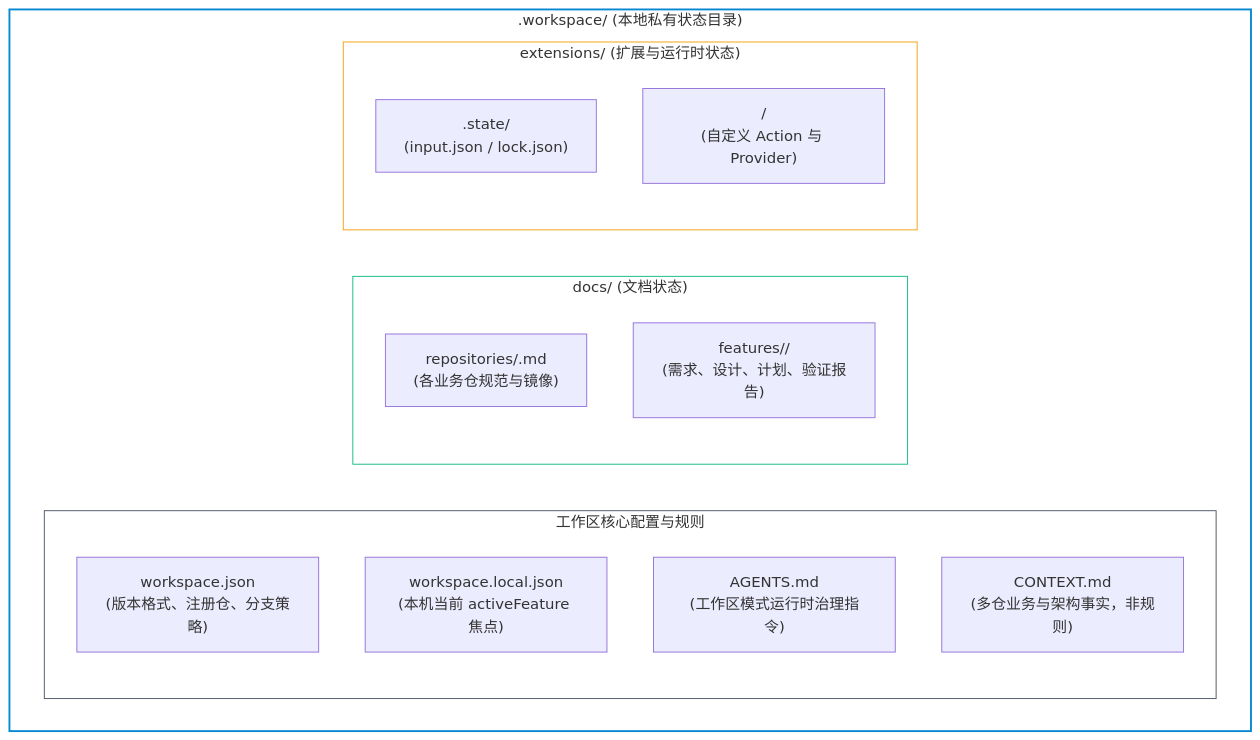
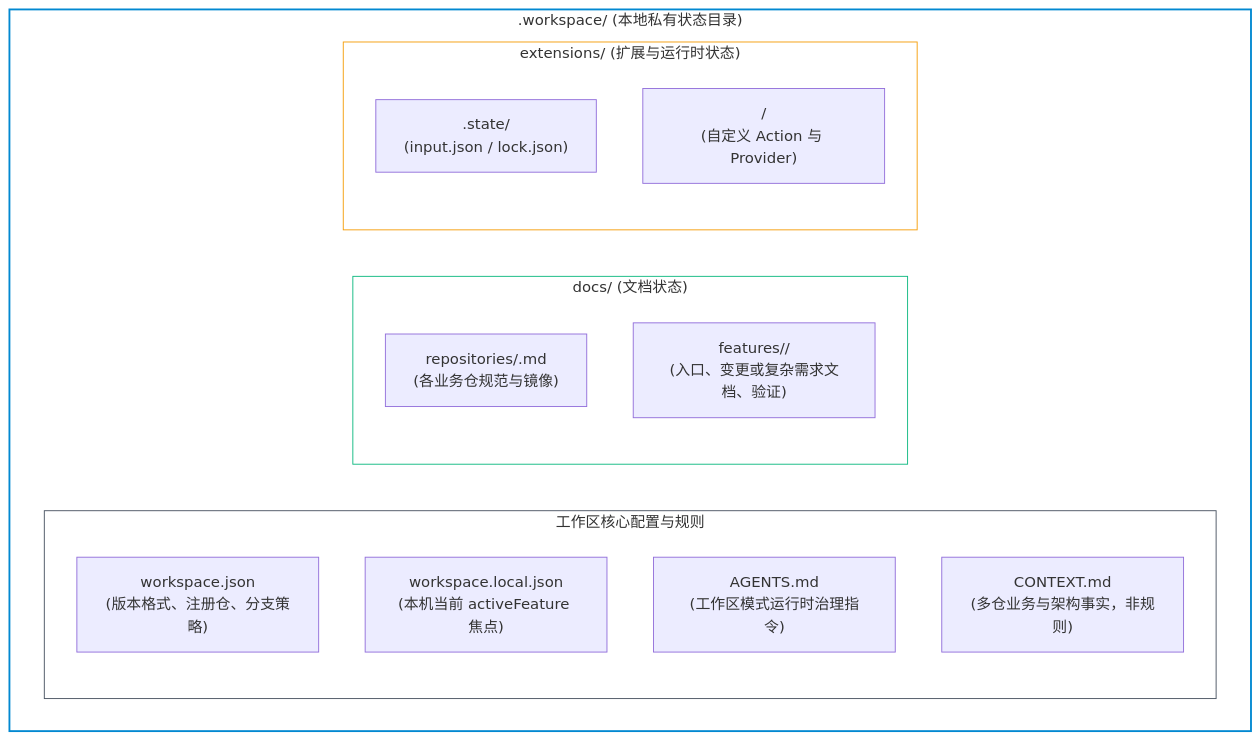
Before and after one commit to sandy-hmb/agent-workbench: the diagram in docs/reference/local-workspace-layout.md, drawn with Mermaid. The commit also changed other lines of this file and 33 other files, not shown here.

````diff
--- a/docs/reference/local-workspace-layout.md
+++ b/docs/reference/local-workspace-layout.md
@@ -32,26 +32,26 @@
 ```mermaid
 graph TD
     subgraph DotWS [".workspace/ (本地私有状态目录)"]
         subgraph CoreMeta ["工作区核心配置与规则"]
             WSJson["workspace.json<br>(版本格式、注册仓、分支策略)"]
             WSLocal["workspace.local.json<br>(本机当前 activeFeature 焦点)"]
             WSAgents["AGENTS.md<br>(工作区模式运行时治理指令)"]
             WSContext["CONTEXT.md<br>(多仓业务与架构事实，非规则)"]
         end
 
         subgraph DocsDir ["docs/ (文档状态)"]
             RepoDocs["repositories/<repo>.md<br>(各业务仓规范与镜像)"]
-            FeatDocs["features/<feature-slug>/<br>(需求、设计、计划、验证报告)"]
+            FeatDocs["features/<feature-slug>/<br>(入口、变更或复杂需求文档、验证)"]
         end
 
         subgraph ExtDir ["extensions/ (扩展与运行时状态)"]
             ExtMeta[".state/<br>(input.json / lock.json)"]
             ExtPacks["<extension-id>/<br>(自定义 Action 与 Provider)"]
         end
     end
 
     style DotWS fill:none,stroke:#0288d1,stroke-width:2px
     style CoreMeta fill:none,stroke:#4b5563,stroke-width:1px
     style DocsDir fill:none,stroke:#10b981,stroke-width:1px
     style ExtDir fill:none,stroke:#f59e0b,stroke-width:1px
 ```
````
